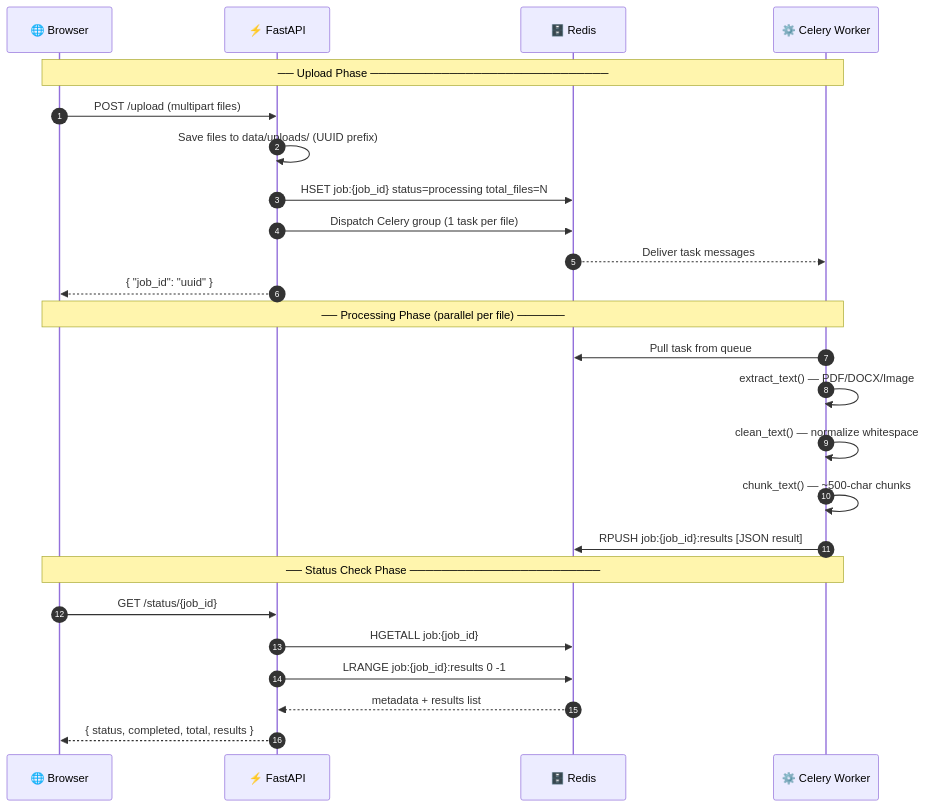
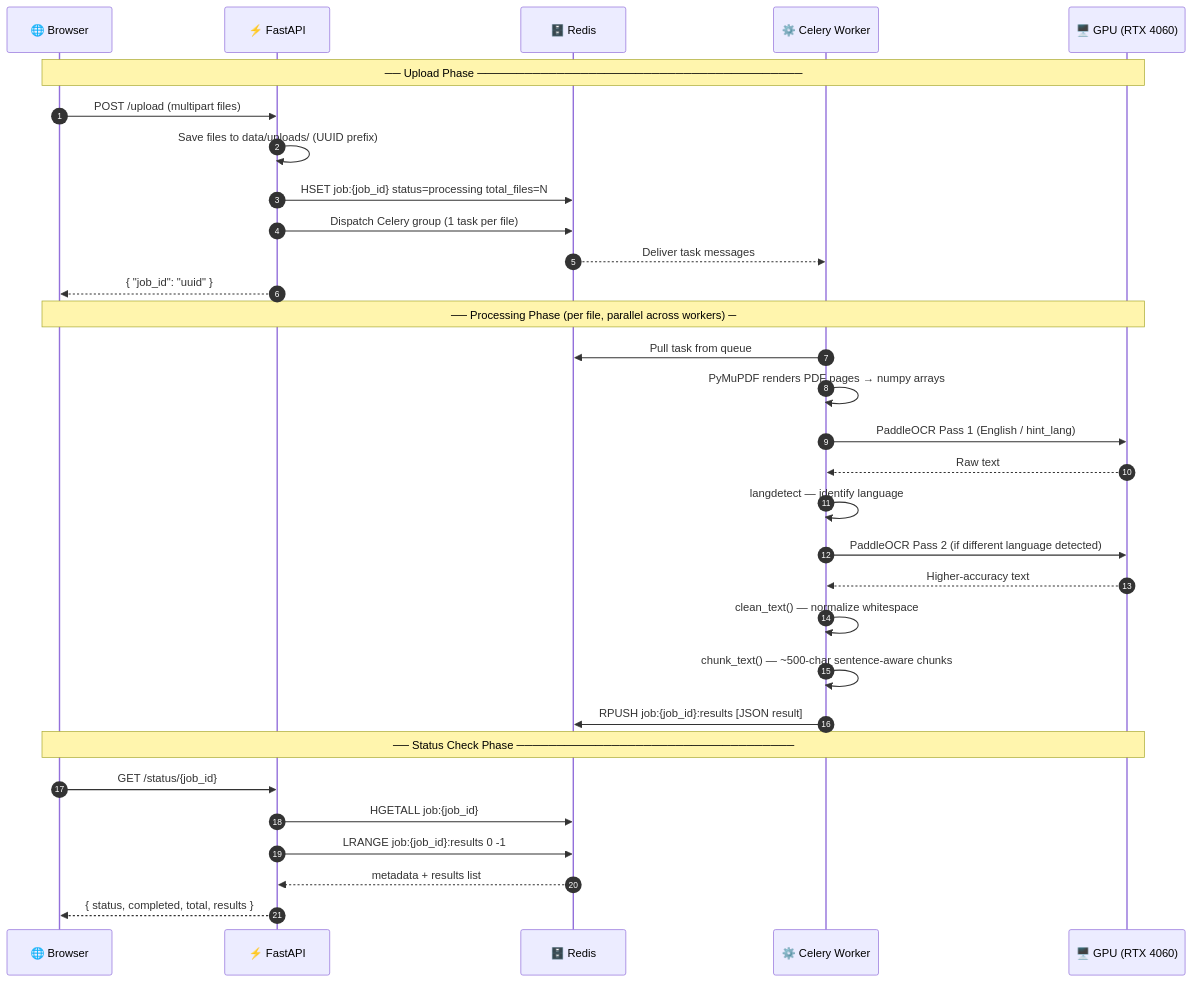
One commit to ThummarDarshan/Contract_intelligence changed the fourth of 4 diagrams in README.md. Above: the diagram before and after it, drawn with Mermaid. The commit also changed other lines of this file and 7 other files, not shown here.

Commit message:
pytessrect replaced with PaddleOCR

````diff
--- a/README.md
+++ b/README.md
@@ -439,30 +380,36 @@
 ```mermaid
 sequenceDiagram
     autonumber
     participant B as 🌐 Browser
     participant F as ⚡ FastAPI
     participant R as 🗄️ Redis
     participant C as ⚙️ Celery Worker
+    participant G as 🖥️ GPU (RTX 4060)
 
-    Note over B,C: ── Upload Phase ──────────────────────────────
+    Note over B,G: ── Upload Phase ─────────────────────────────────────────
     B->>F: POST /upload (multipart files)
     F->>F: Save files to data/uploads/ (UUID prefix)
     F->>R: HSET job:{job_id} status=processing total_files=N
     F->>R: Dispatch Celery group (1 task per file)
     R-->>C: Deliver task messages
     F-->>B: { "job_id": "uuid" }
 
-    Note over B,C: ── Processing Phase (parallel per file) ──────
+    Note over B,G: ── Processing Phase (per file, parallel across workers) ─
     C->>R: Pull task from queue
-    C->>C: extract_text() — PDF/DOCX/Image
-    C->>C: clean_text()  — normalize whitespace
-    C->>C: chunk_text()  — ~500-char chunks
+    C->>C: PyMuPDF renders PDF pages → numpy arrays
+    C->>G: PaddleOCR Pass 1 (English / hint_lang)
+    G-->>C: Raw text
+    C->>C: langdetect — identify language
+    C->>G: PaddleOCR Pass 2 (if different language detected)
+    G-->>C: Higher-accuracy text
+    C->>C: clean_text() — normalize whitespace
+    C->>C: chunk_text() — ~500-char sentence-aware chunks
     C->>R: RPUSH job:{job_id}:results [JSON result]
 
-    Note over B,C: ── Status Check Phase ────────────────────────
+    Note over B,G: ── Status Check Phase ───────────────────────────────────
     B->>F: GET /status/{job_id}
     F->>R: HGETALL job:{job_id}
     F->>R: LRANGE job:{job_id}:results 0 -1
     R-->>F: metadata + results list
     F-->>B: { status, completed, total, results }
 ```
````
